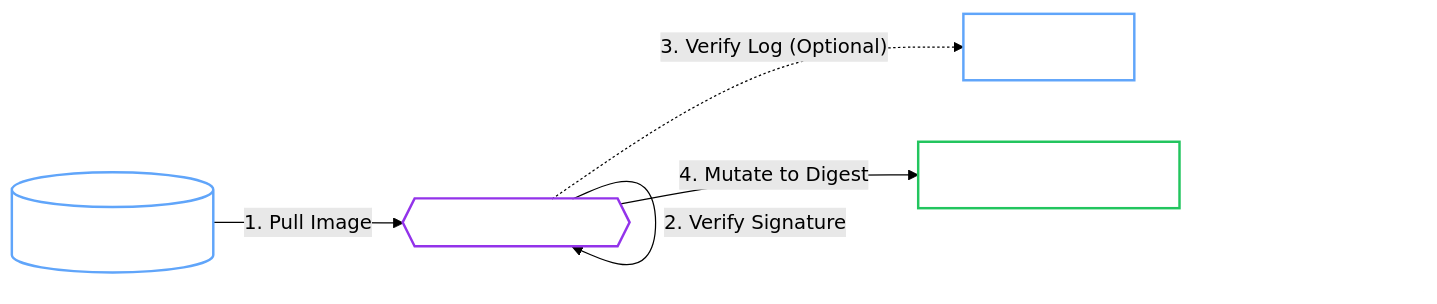
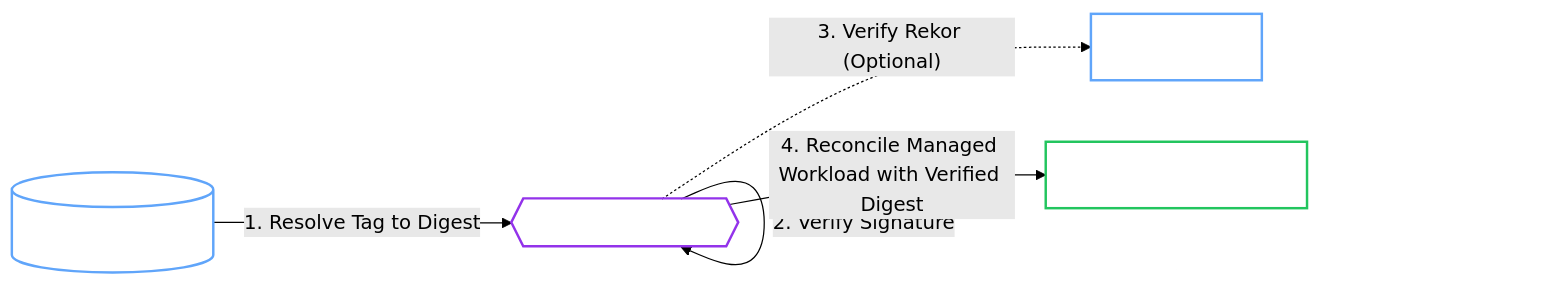
The diagram in docs/security/workload/supply-chain.md (dc-tec/openbao-operator), drawn with Mermaid (forest theme) before and after one commit. The commit also changed other lines of this file, not shown here.

First line of the commit message:
docs(docs): clarify hardened digest admission enforcement

````diff
--- a/docs/security/workload/supply-chain.md
+++ b/docs/security/workload/supply-chain.md
@@ -10,21 +12,21 @@
 ```mermaid
 flowchart LR
     Registry[(Container Registry)]
     Operator{{OpenBao Operator}}
     Rekor[Rekor Log]
     Cluster[Kubernetes Cluster]
 
-    Registry --"1. Pull Image"--> Operator
+    Registry --"1. Resolve Tag to Digest"--> Operator
     Operator --"2. Verify Signature"--> Operator
-    Operator -.->|"3. Verify Log (Optional)"| Rekor
-    
-    Operator --"4. Mutate to Digest"--> Cluster
+    Operator -.->|"3. Verify Rekor (Optional)"| Rekor
+
+    Operator --"4. Reconcile Managed Workload with Verified Digest"--> Cluster
     
     classDef read fill:transparent,stroke:#60a5fa,stroke-width:2px,color:#fff;
     classDef write fill:transparent,stroke:#22c55e,stroke-width:2px,color:#fff;
     classDef process fill:transparent,stroke:#9333ea,stroke-width:2px,color:#fff;
 
     class Registry,Rekor read;
     class Operator process;
     class Cluster write;
 ```
````
